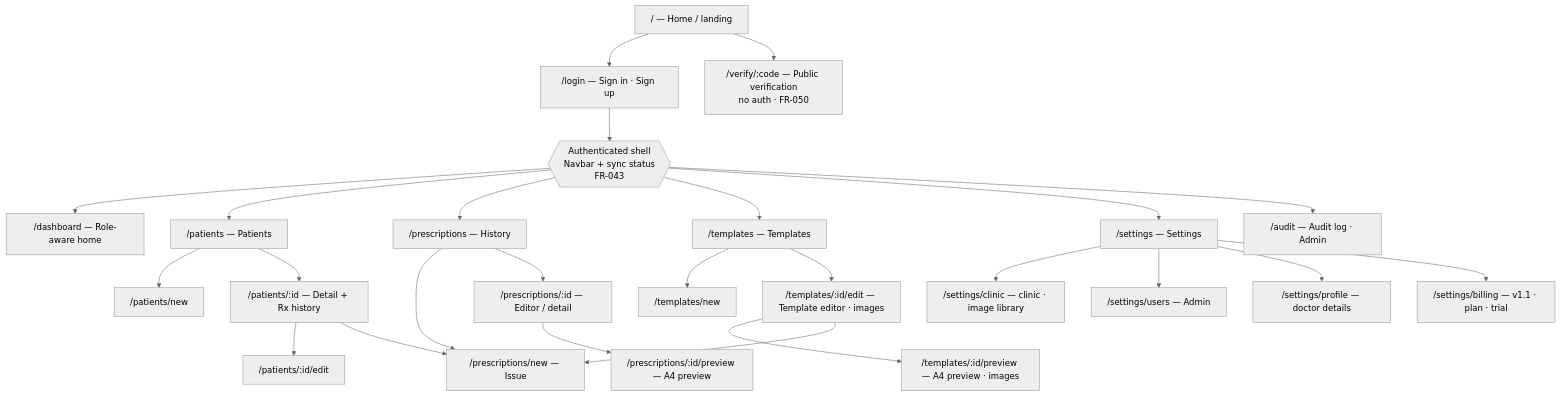
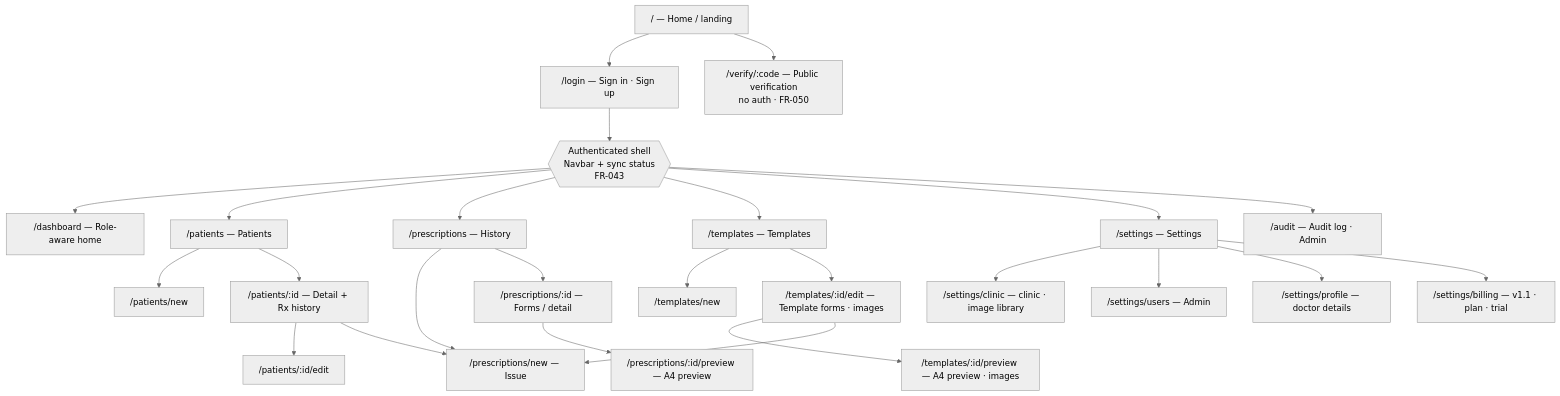
One commit to serbarla/doctor-prescription changed the first of 2 diagrams in context/sitemap.md. Above: the diagram before and after it, drawn with Mermaid (neutral theme). The commit also changed other lines of this file and 34 other files, not shown here.

````diff
--- a/context/sitemap.md
+++ b/context/sitemap.md
@@ -15,52 +15,52 @@
 ```mermaid
 flowchart TD
     ROOT["/ — Home / landing"]
     LOGIN["/login — Sign in · Sign up"]
     VERIFY["/verify/:code — Public verification<br/>no auth · FR-050"]
 
     SHELL{{"Authenticated shell<br/>Navbar + sync status<br/>FR-043"}}
     DASH["/dashboard — Role-aware home"]
     PAT["/patients — Patients"]
     PAT_NEW["/patients/new"]
     PAT_ID["/patients/:id — Detail + Rx history"]
     PAT_EDIT["/patients/:id/edit"]
     RX["/prescriptions — History"]
     RX_NEW["/prescriptions/new — Issue"]
-    RX_ID["/prescriptions/:id — Editor / detail"]
+    RX_ID["/prescriptions/:id — Forms / detail"]
     RX_PREVIEW["/prescriptions/:id/preview — A4 preview"]
     TPL["/templates — Templates"]
     TPL_NEW["/templates/new"]
-    TPL_ID["/templates/:id/edit — Template editor · images"]
+    TPL_ID["/templates/:id/edit — Template forms · images"]
     TPL_PREVIEW["/templates/:id/preview — A4 preview · images"]
     SET["/settings — Settings"]
     SET_CLINIC["/settings/clinic — clinic · image library"]
     SET_USERS["/settings/users — Admin"]
     SET_PROFILE["/settings/profile — doctor details"]
     SET_BILLING["/settings/billing — v1.1 · plan · trial"]
     AUDIT["/audit — Audit log · Admin"]
 
     ROOT --> LOGIN
     ROOT --> VERIFY
     LOGIN --> SHELL
     SHELL --> DASH
     SHELL --> PAT
     SHELL --> RX
     SHELL --> TPL
     SHELL --> SET
     SHELL --> AUDIT
     PAT --> PAT_NEW
     PAT --> PAT_ID
     PAT_ID --> PAT_EDIT
     PAT_ID --> RX_NEW
     RX --> RX_NEW
     RX --> RX_ID
     RX_ID --> RX_PREVIEW
     TPL --> TPL_NEW
     TPL --> TPL_ID
     TPL_ID --> TPL_PREVIEW
     TPL_ID --> RX_NEW
     SET --> SET_CLINIC
     SET --> SET_USERS
     SET --> SET_PROFILE
     SET --> SET_BILLING
 ```
````
